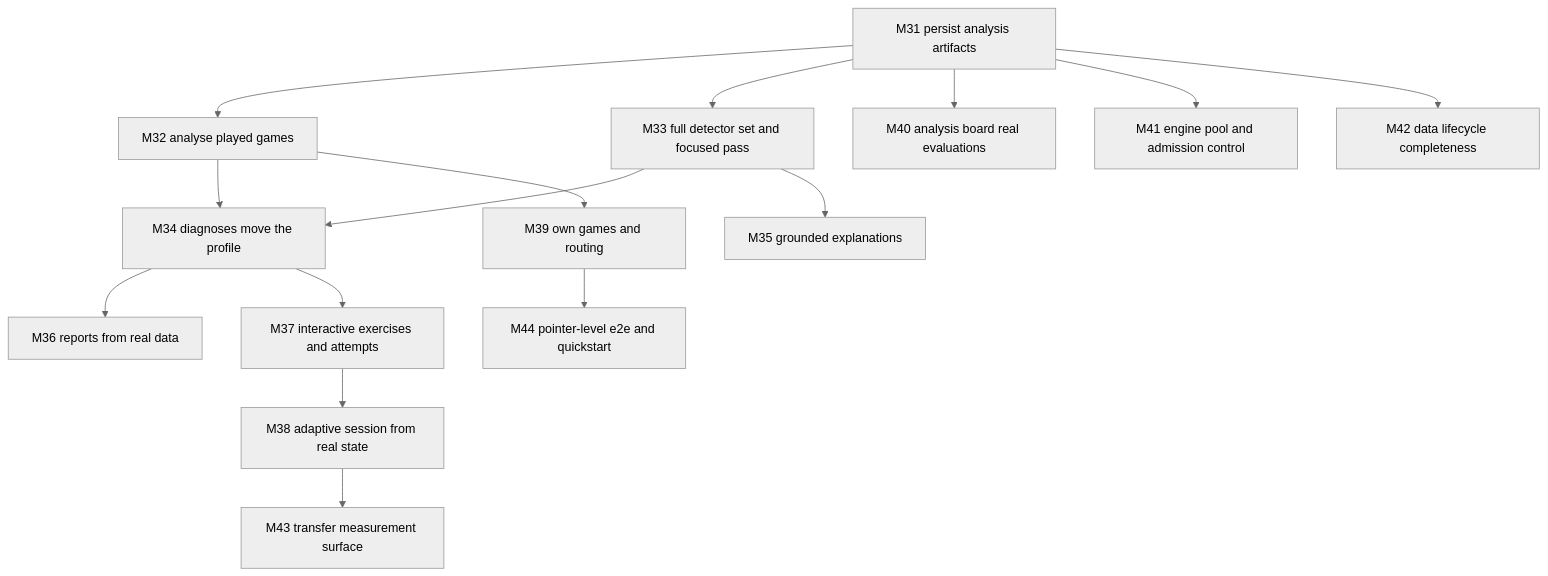
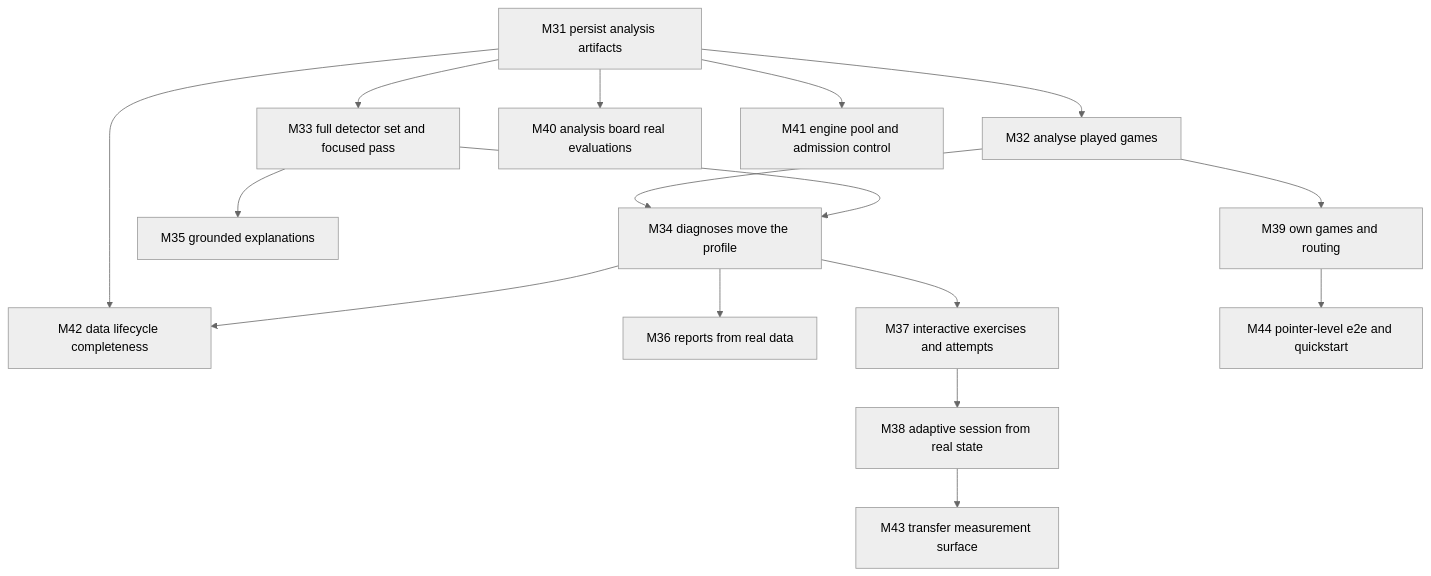
One commit to Mathews-Tom/Scan64 changed the diagram in .docs/DEVELOPMENT_PLAN.md. Above: the diagram before and after it, drawn with Mermaid (neutral theme). The commit also changed other lines of this file and 2 other files, not shown here.

````diff
--- a/.docs/DEVELOPMENT_PLAN.md
+++ b/.docs/DEVELOPMENT_PLAN.md
@@ -45,17 +45,18 @@
 ```mermaid
 graph TD
   M31[M31 persist analysis artifacts] --> M32[M32 analyse played games]
   M31 --> M33[M33 full detector set and focused pass]
   M31 --> M40[M40 analysis board real evaluations]
   M31 --> M41[M41 engine pool and admission control]
   M31 --> M42[M42 data lifecycle completeness]
+  M34 --> M42
   M32 --> M34[M34 diagnoses move the profile]
   M33 --> M34
   M33 --> M35[M35 grounded explanations]
   M32 --> M39[M39 own games and routing]
   M34 --> M36[M36 reports from real data]
   M34 --> M37[M37 interactive exercises and attempts]
   M37 --> M38[M38 adaptive session from real state]
   M38 --> M43[M43 transfer measurement surface]
   M39 --> M44[M44 pointer-level e2e and quickstart]
 ```
````
